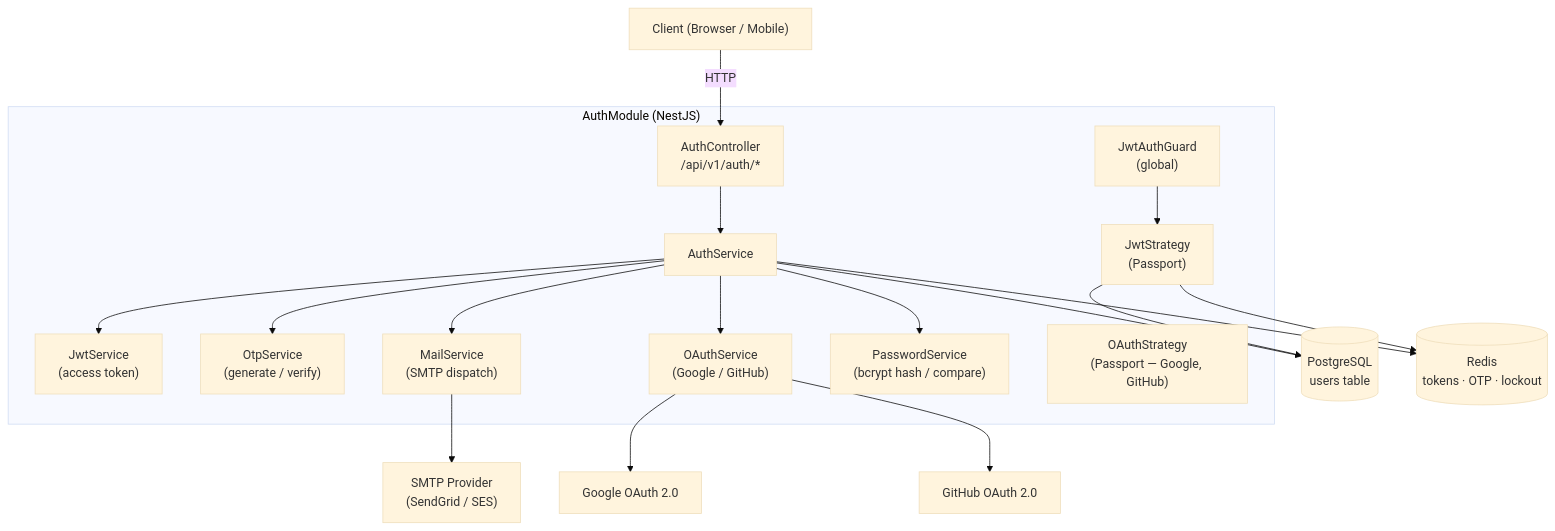
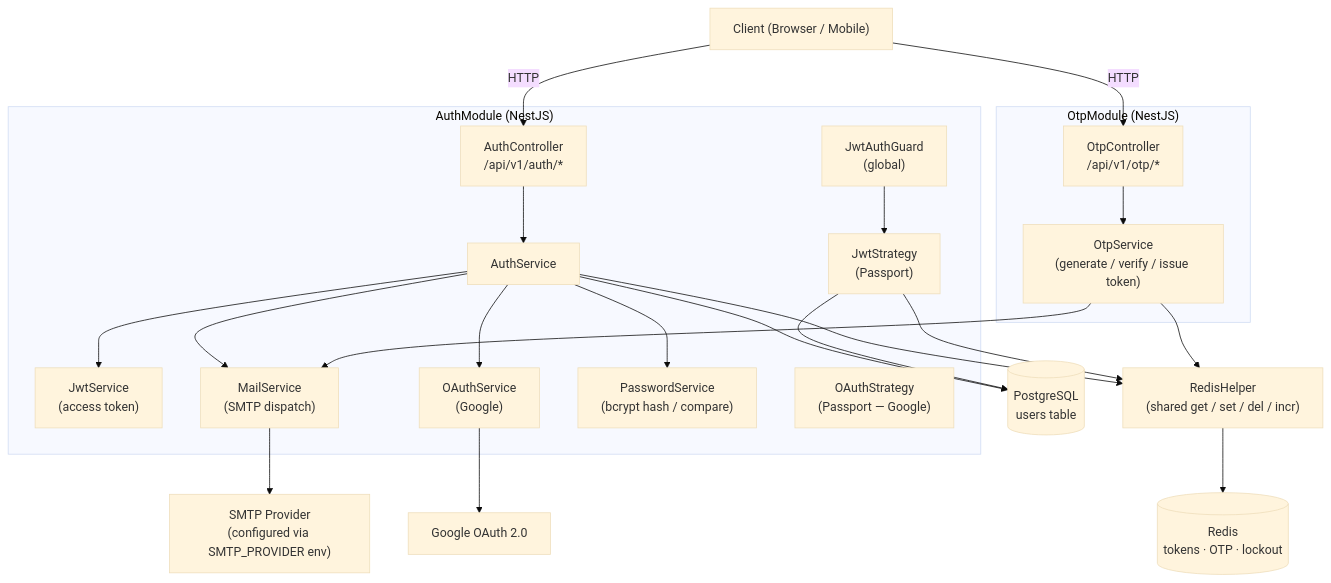
One commit to sharma-dikshant/TestFlow-Docs changed the first of 13 diagrams in docs/hld-design/auth.md. Above: the diagram before and after it, drawn with Mermaid (base theme). The commit also changed other lines of this file, not shown here.

````diff
--- a/docs/hld-design/auth.md
+++ b/docs/hld-design/auth.md
@@ -42,39 +57,47 @@
 ```mermaid
 flowchart TD
     client["Client (Browser / Mobile)"]
 
     subgraph AuthModule["AuthModule (NestJS)"]
         ctrl["AuthController\n/api/v1/auth/*"]
         svc["AuthService"]
         jwt["JwtService\n(access token)"]
-        otp["OtpService\n(generate / verify)"]
         mail["MailService\n(SMTP dispatch)"]
-        oauth["OAuthService\n(Google / GitHub)"]
+        oauth["OAuthService\n(Google)"]
         pwd["PasswordService\n(bcrypt hash / compare)"]
         guard["JwtAuthGuard\n(global)"]
         strategy["JwtStrategy\n(Passport)"]
-        oauthStrategy["OAuthStrategy\n(Passport — Google, GitHub)"]
+        oauthStrategy["OAuthStrategy\n(Passport — Google)"]
     end
+
+    subgraph OtpModule["OtpModule (NestJS)"]
+        otpCtrl["OtpController\n/api/v1/otp/*"]
+        otpSvc["OtpService\n(generate / verify / issue token)"]
+    end
+
+    redisHelper["RedisHelper\n(shared get / set / del / incr)"]
 
     db[("PostgreSQL\nusers table")]
     redis[("Redis\ntokens · OTP · lockout")]
-    smtp["SMTP Provider\n(SendGrid / SES)"]
+    smtp["SMTP Provider\n(configured via SMTP_PROVIDER env)"]
     google["Google OAuth 2.0"]
-    github["GitHub OAuth 2.0"]
 
     client -->|"HTTP"| ctrl
+    client -->|"HTTP"| otpCtrl
     ctrl --> svc
+    otpCtrl --> otpSvc
     svc --> jwt
-    svc --> otp
     svc --> mail
     svc --> oauth
     svc --> pwd
     svc --> db
-    svc --> redis
+    svc --> redisHelper
+    otpSvc --> mail
+    otpSvc --> redisHelper
+    redisHelper --> redis
     mail --> smtp
     oauth --> google
-    oauth --> github
     guard --> strategy
-    strategy --> redis
+    strategy --> redisHelper
     strategy --> db
 ```
````
